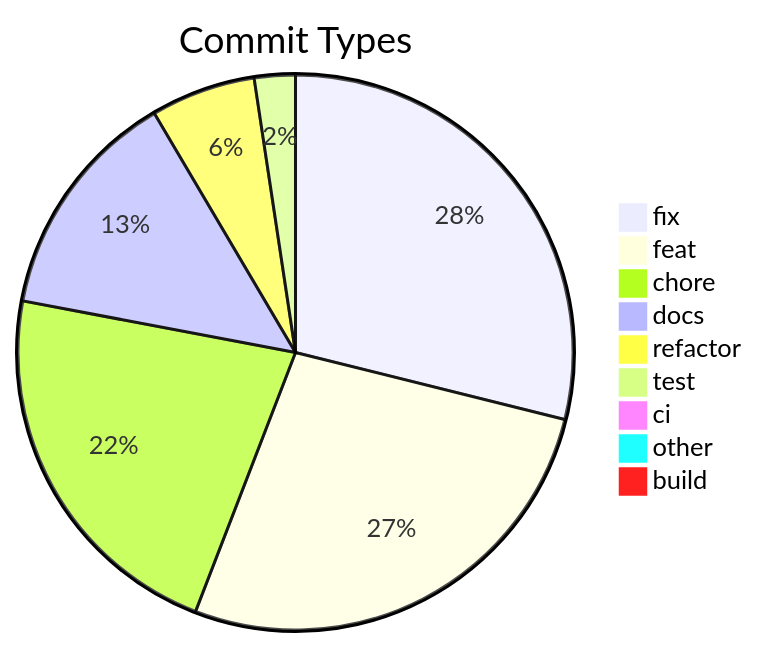
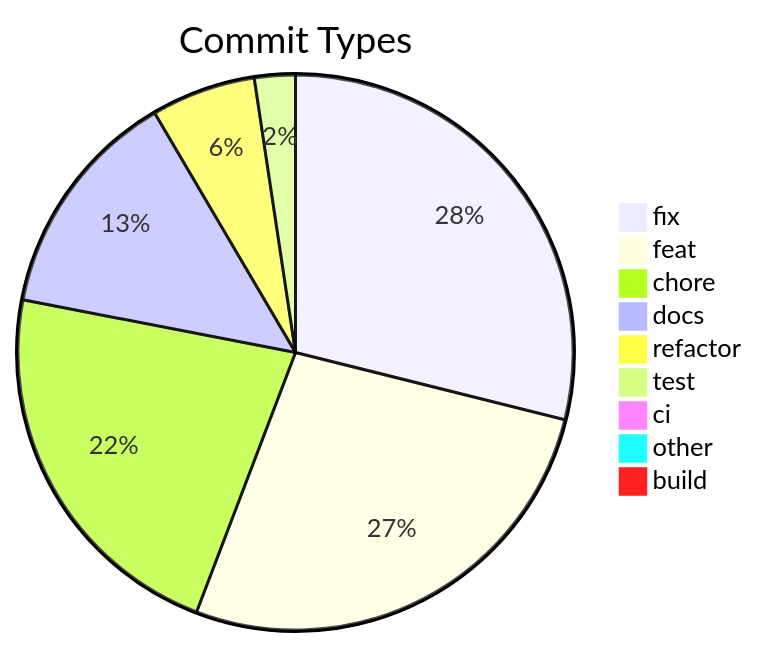
One commit to svenroth-ai/shipwright changed the diagram in .shipwright/compliance/change-history.md. Above: the diagram before and after it, drawn with Mermaid. The commit also changed other lines of this file and 23 other files, not shown here.

````diff
--- a/.shipwright/compliance/change-history.md
+++ b/.shipwright/compliance/change-history.md
@@ -8,12 +8,12 @@
 ```mermaid
 pie title Commit Types
-    "fix" : 303
+    "fix" : 304
     "feat" : 283
-    "chore" : 232
+    "chore" : 234
     "docs" : 142
     "refactor" : 64
     "test" : 25
     "ci" : 7
     "other" : 7
     "build" : 1
 ```
````
